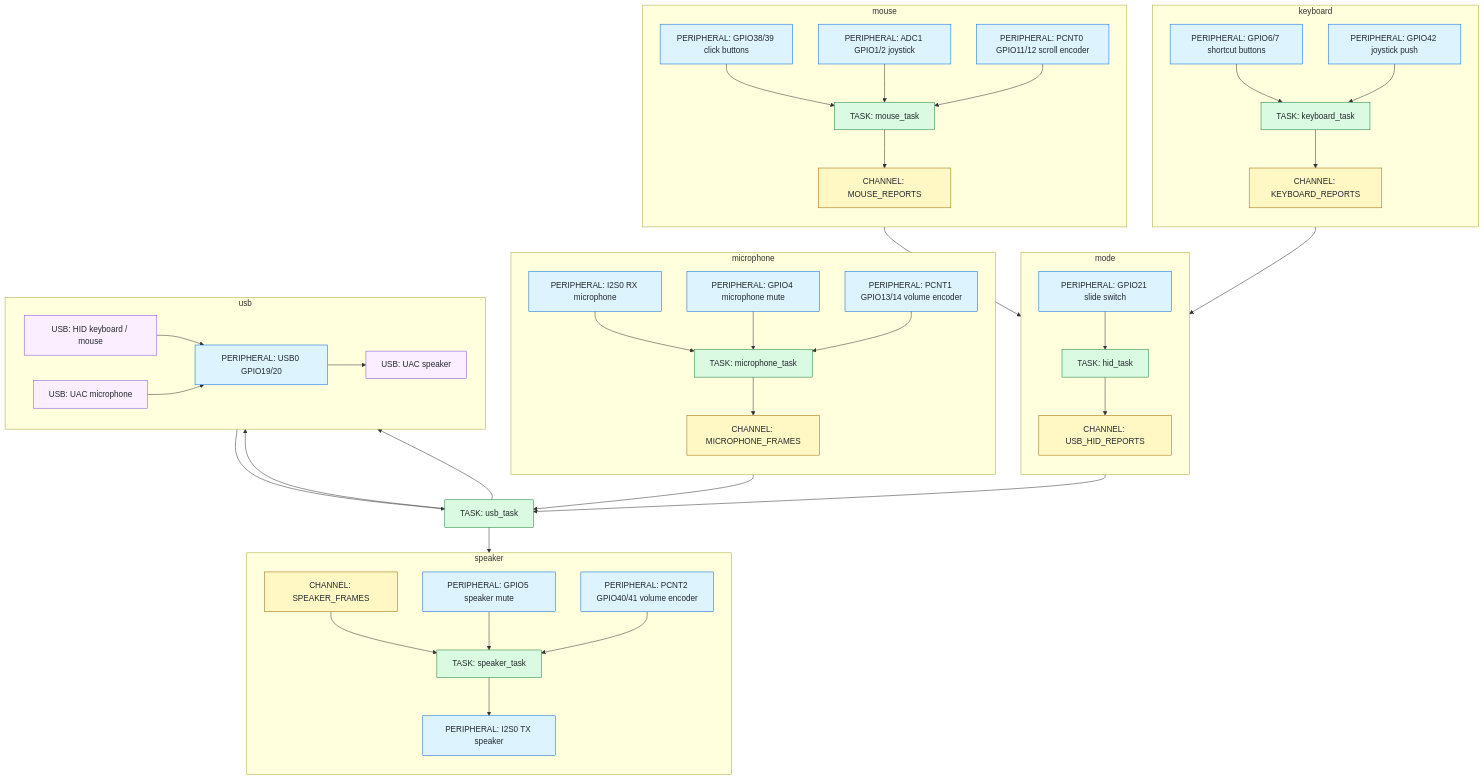
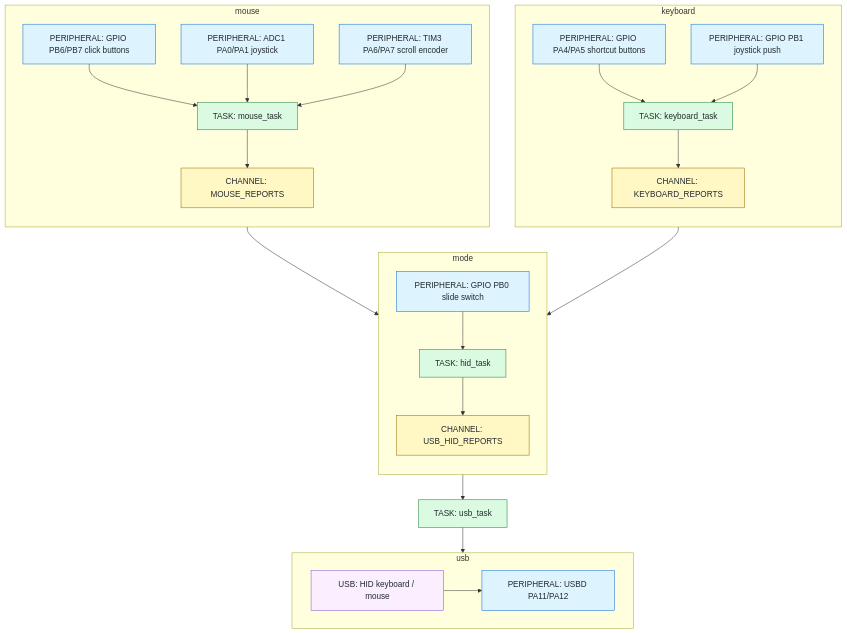
One commit to segfau-yama/dxxk_mouse changed the diagram in README.md. Above: the diagram before and after it, drawn with Mermaid. The commit also changed other lines of this file and 14 other files, not shown here.

```diff
--- a/README.md
+++ b/README.md
@@ -56,13 +60,13 @@
   subgraph Mode["mode"]
     direction TB
     UsbHidReports["CHANNEL: USB_HID_REPORTS"]
-    ModeGpio["PERIPHERAL: GPIO21 slide switch"] --> HidTask["TASK: hid_task"]
+    ModeGpio["PERIPHERAL: GPIO PB0 slide switch"] --> HidTask["TASK: hid_task"]
   end
 
   subgraph Keyboard["keyboard"]
     direction TB
-    ShortcutGpio["PERIPHERAL: GPIO6/7 shortcut buttons"]
-    PushGpio["PERIPHERAL: GPIO42 joystick push"]
+    ShortcutGpio["PERIPHERAL: GPIO PA4/PA5 shortcut buttons"]
+    PushGpio["PERIPHERAL: GPIO PB1 joystick push"]
     KeyboardTask["TASK: keyboard_task"]
     KeyboardReports["CHANNEL: KEYBOARD_REPORTS"]
     ShortcutGpio --> KeyboardTask
@@ -71,40 +75,14 @@
 
   subgraph Mouse["mouse"]
     direction TB
-    ClickGpio["PERIPHERAL: GPIO38/39 click buttons"]
-    JoystickAdc["PERIPHERAL: ADC1 GPIO1/2 joystick"]
-    ScrollPcnt["PERIPHERAL: PCNT0 GPIO11/12 scroll encoder"]
+    ClickGpio["PERIPHERAL: GPIO PB6/PB7 click buttons"]
+    JoystickAdc["PERIPHERAL: ADC1 PA0/PA1 joystick"]
+    ScrollTimer["PERIPHERAL: TIM3 PA6/PA7 scroll encoder"]
     MouseTask["TASK: mouse_task"]
     MouseReports["CHANNEL: MOUSE_REPORTS"]
     ClickGpio --> MouseTask
     JoystickAdc --> MouseTask
-    ScrollPcnt --> MouseTask
-  end
-
-  subgraph Microphone["microphone"]
-    direction TB
-    I2sMic["PERIPHERAL: I2S0 RX microphone"]
-    MicMuteGpio["PERIPHERAL: GPIO4 microphone mute"]
-    MicVolumePcnt["PERIPHERAL: PCNT1 GPIO13/14 volume encoder"]
-    MicrophoneTask["TASK: microphone_task"]
-    MicrophoneFrames["CHANNEL: MICROPHONE_FRAMES"]
-    I2sMic --> MicrophoneTask
-    MicMuteGpio --> MicrophoneTask
-    MicVolumePcnt --> MicrophoneTask
-    MicrophoneTask --> MicrophoneFrames
-  end
-
-  subgraph Speaker["speaker"]
-    direction TB
-    SpeakerFrames["CHANNEL: SPEAKER_FRAMES"]
-    SpeakerMuteGpio["PERIPHERAL: GPIO5 speaker mute"]
-    SpeakerVolumePcnt["PERIPHERAL: PCNT2 GPIO40/41 volume encoder"]
-    SpeakerTask["TASK: speaker_task"]
-    I2sSpeaker["PERIPHERAL: I2S0 TX speaker"]
-    SpeakerFrames --> SpeakerTask
-    SpeakerMuteGpio --> SpeakerTask
-    SpeakerVolumePcnt --> SpeakerTask
-    SpeakerTask --> I2sSpeaker
+    ScrollTimer --> MouseTask
   end
 
   UsbTask["TASK: usb_task"]
@@ -112,17 +90,11 @@
   subgraph Usb["usb"]
     direction LR
     UsbHid["USB: HID keyboard / mouse"]
-    UsbMic["USB: UAC microphone"]
-    UsbSpeaker["USB: UAC speaker"]
-    UsbPeripheral["PERIPHERAL: USB0 GPIO19/20"]
+    UsbPeripheral["PERIPHERAL: USBD PA11/PA12"]
     UsbHid --> UsbPeripheral
-    UsbMic --> UsbPeripheral
-    UsbPeripheral --> UsbSpeaker
   end
 
   UsbTask --> UsbHid
-  UsbTask --> UsbMic
-  UsbSpeaker --> UsbTask
 
   KeyboardTask --> KeyboardReports
   MouseTask --> MouseReports
@@ -130,13 +102,11 @@
   MouseReports --> HidTask
   HidTask --> UsbHidReports
   UsbHidReports --> UsbTask
-  MicrophoneFrames --> UsbTask
-  UsbTask --> SpeakerFrames
 
-  class ShortcutGpio,PushGpio,ModeGpio,ClickGpio,JoystickAdc,ScrollPcnt,MicMuteGpio,MicVolumePcnt,I2sMic,SpeakerMuteGpio,SpeakerVolumePcnt,I2sSpeaker,UsbPeripheral peripheral
-  class KeyboardTask,HidTask,MouseTask,MicrophoneTask,SpeakerTask,UsbTask task
-  class KeyboardReports,MouseReports,UsbHidReports,MicrophoneFrames,SpeakerFrames channel
-  class UsbHid,UsbMic,UsbSpeaker usb
+  class ShortcutGpio,PushGpio,ModeGpio,ClickGpio,JoystickAdc,ScrollTimer,UsbPeripheral peripheral
+  class KeyboardTask,HidTask,MouseTask,UsbTask task
+  class KeyboardReports,MouseReports,UsbHidReports channel
+  class UsbHid usb
 
   classDef peripheral fill:#ddf4ff,stroke:#0969da,color:#24292f
   classDef task fill:#dafbe1,stroke:#1a7f37,color:#24292f
```
